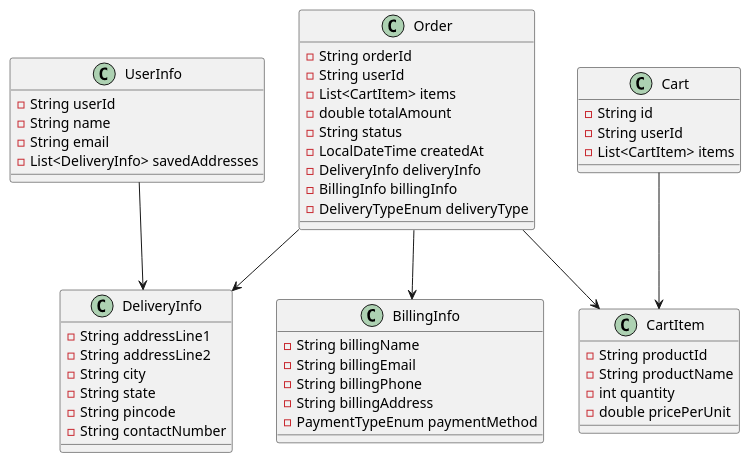
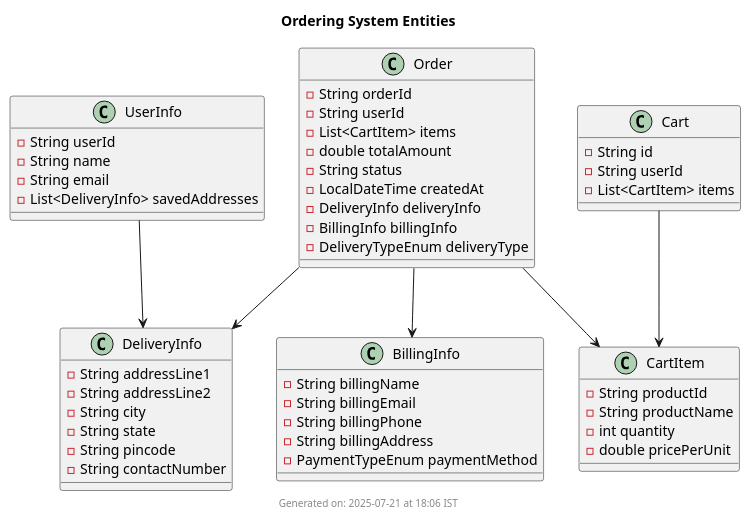
The diagram in src/main/java/com/ecommerce/shared/puml/OrderingSystem.puml (naveenkumar773747/ecommerce-common-lib), drawn with PlantUML before and after one commit. The commit also changed 3 other files, not shown here.

Commit message:
updated entities and puml diagrams

```diff
--- a/src/main/java/com/ecommerce/shared/puml/OrderingSystem.puml
+++ b/src/main/java/com/ecommerce/shared/puml/OrderingSystem.puml
@@ -1,58 +1,62 @@
 @startuml
+
+title Ordering System Entities
+
+footer Generated on: 2025-07-21 at 18:06 IST
 
 class UserInfo {
  - String userId
  - String name
  - String email
  - List<DeliveryInfo> savedAddresses
 }
 
 class Order {
   - String orderId
   - String userId
   - List<CartItem> items
   - double totalAmount
   - String status
   - LocalDateTime createdAt
   - DeliveryInfo deliveryInfo
   - BillingInfo billingInfo
   - DeliveryTypeEnum deliveryType
 }
 
 class Cart {
   - String id
   - String userId
   - List<CartItem> items
 }
 
 class CartItem {
   - String productId
   - String productName
   - int quantity
   - double pricePerUnit
 }
 
 class DeliveryInfo {
   - String addressLine1
   - String addressLine2
   - String city
   - String state
   - String pincode
   - String contactNumber
 }
 
 class BillingInfo {
   - String billingName
   - String billingEmail
   - String billingPhone
   - String billingAddress
   - PaymentTypeEnum paymentMethod
 }
 
 UserInfo --> DeliveryInfo
 Order --> CartItem
 Cart --> CartItem
 Order --> DeliveryInfo
 Order --> BillingInfo
 
 @enduml
```
